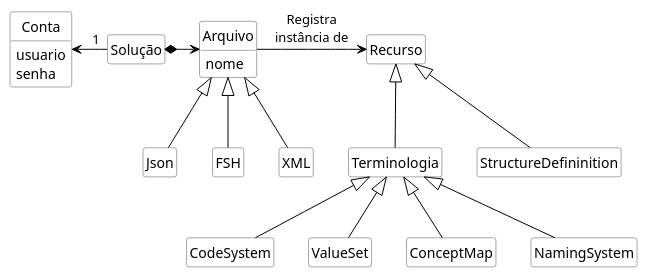
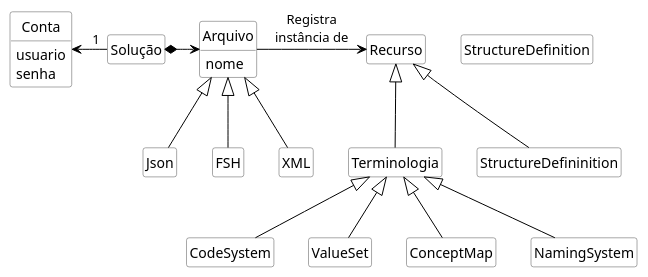
One commit to rnds-tools/gui changed the diagram in diagramas/dominio.puml. Above: the diagram before and after it, drawn with PlantUML. The commit also changed 1 other file, not shown here.

```diff
--- a/diagramas/dominio.puml
+++ b/diagramas/dominio.puml
@@ -1,70 +1,70 @@
 @startuml dominio
 
 hide circle
 hide methods
 hide empty members
 
 skinparam class {
     BackgroundColor White
     ArrowColor Black
     BorderColor #505050
 }
 
 class Conta {
     usuario
     senha
 }
 
 class Solução {
 }
 
 class Arquivo {
     nome
 }
 
 class Json {
 }
 
 class FSH {
 }
 
 class XML {
 }
 
 class Recurso {
 }
 
 class Terminologia {
 }
 
 class CodeSystem {
 }
 
 class ValueSet {
 }
 
 class ConceptMap {
 }
 
 class NamingSystem {
 }
 
-class StructureDefininition {
+class StructureDefinition {
 }
 
 Terminologia -up-|> Recurso
 StructureDefininition -up-|> Recurso
 CodeSystem -up-|> Terminologia
 ValueSet -up-|> Terminologia
 ConceptMap -up-|> Terminologia
 NamingSystem -up-|> Terminologia
 
 Arquivo -right-> Recurso : "Registra\ninstância de"
 Solução *-right-> Arquivo
 Solução "1" -left-> Conta
 
 XML -up-|> Arquivo
 Json -up-|> Arquivo
 FSH -up-|> Arquivo
 
 @enduml
```
